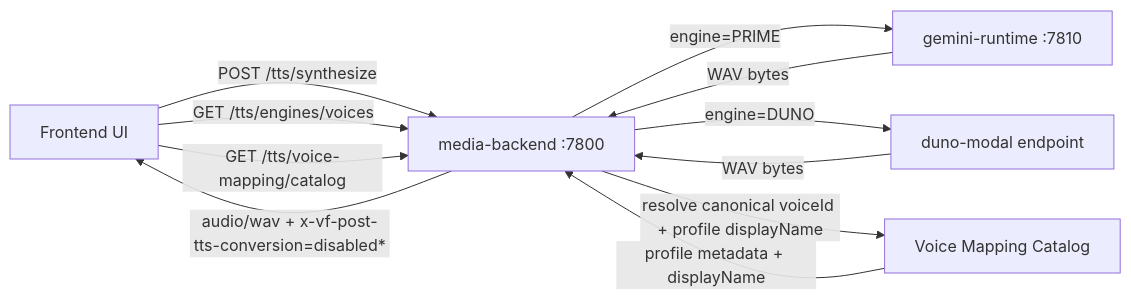
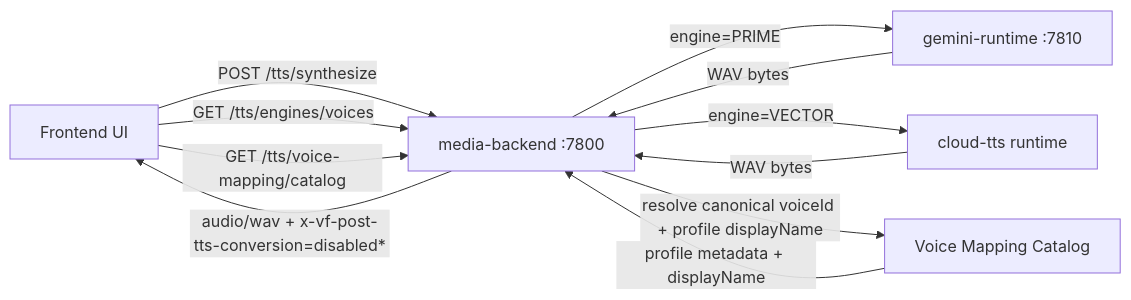
The first of 3 diagrams in docs/TTS_LLVC_MULTISPEAKER_FLOW.md (rease00/VOICE-FLOW-2.0), drawn with Mermaid before and after one commit. The commit also changed other lines of this file and 81 other files, not shown here.

Commit message:
Remove DUNO runtime and split Cloud TTS from Vertex text

````diff
--- a/docs/TTS_LLVC_MULTISPEAKER_FLOW.md
+++ b/docs/TTS_LLVC_MULTISPEAKER_FLOW.md
@@ -5,17 +5,17 @@
 ```mermaid
 flowchart LR
     FE["Frontend UI"] -->|POST /tts/synthesize| MB["media-backend :7800"]
     FE -->|GET /tts/engines/voices| MB
     FE -->|GET /tts/voice-mapping/catalog| MB
 
     MB -->|"engine=PRIME"| PRIME["gemini-runtime :7810"]
-    MB -->|"engine=DUNO"| KOK["duno-modal endpoint"]
+    MB -->|"engine=VECTOR"| KOK["cloud-tts runtime"]
 
     PRIME -->|"WAV bytes"| MB
     KOK -->|"WAV bytes"| MB
 
     MB -->|"resolve canonical voiceId + profile displayName"| MAP["Voice Mapping Catalog"]
     MAP -->|"profile metadata + displayName"| MB
 
     MB -->|"audio/wav + x-vf-post-tts-conversion=disabled* "| FE
 ```
````
